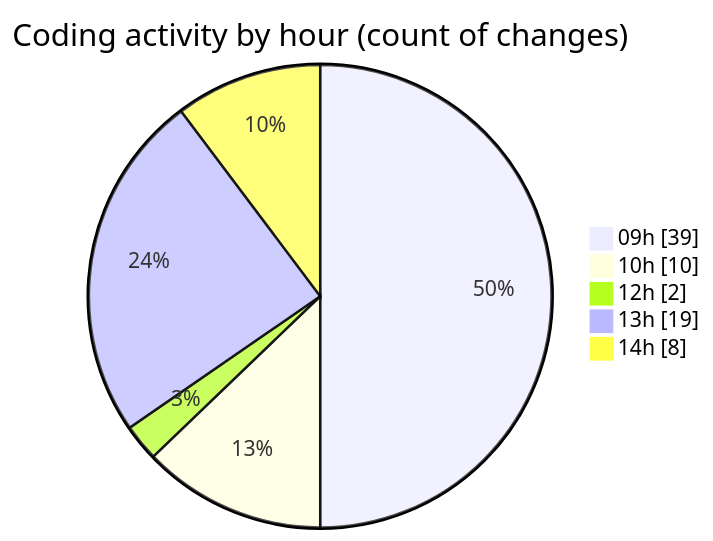
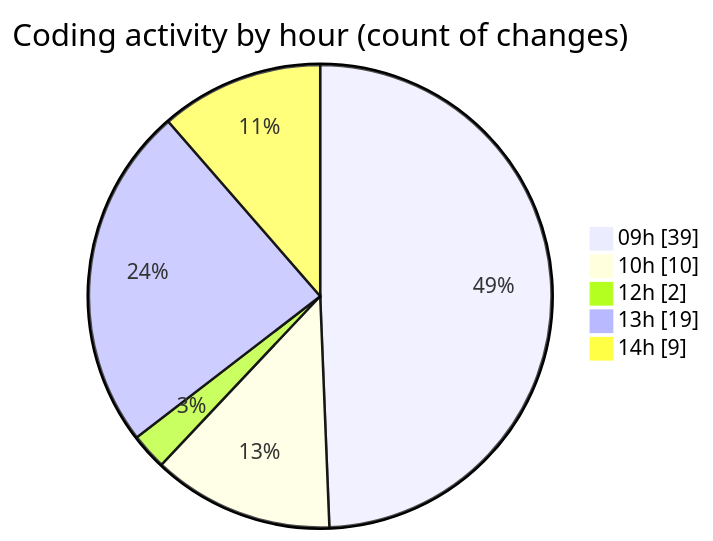
Before and after one commit to momahboobian/code-tracking: the second of 2 diagrams in 2026-01-12/cda/README.md, drawn with Mermaid. The commit also changed other lines of this file and 1 other file, not shown here.

````diff
--- a/2026-01-12/cda/README.md
+++ b/2026-01-12/cda/README.md
@@ -39,9 +39,9 @@
 ```mermaid
 pie showData
 title Coding activity by hour (count of changes)
 "09h" : 39
 "10h" : 10
 "12h" : 2
 "13h" : 19
-"14h" : 8
+"14h" : 9
 ```
````
